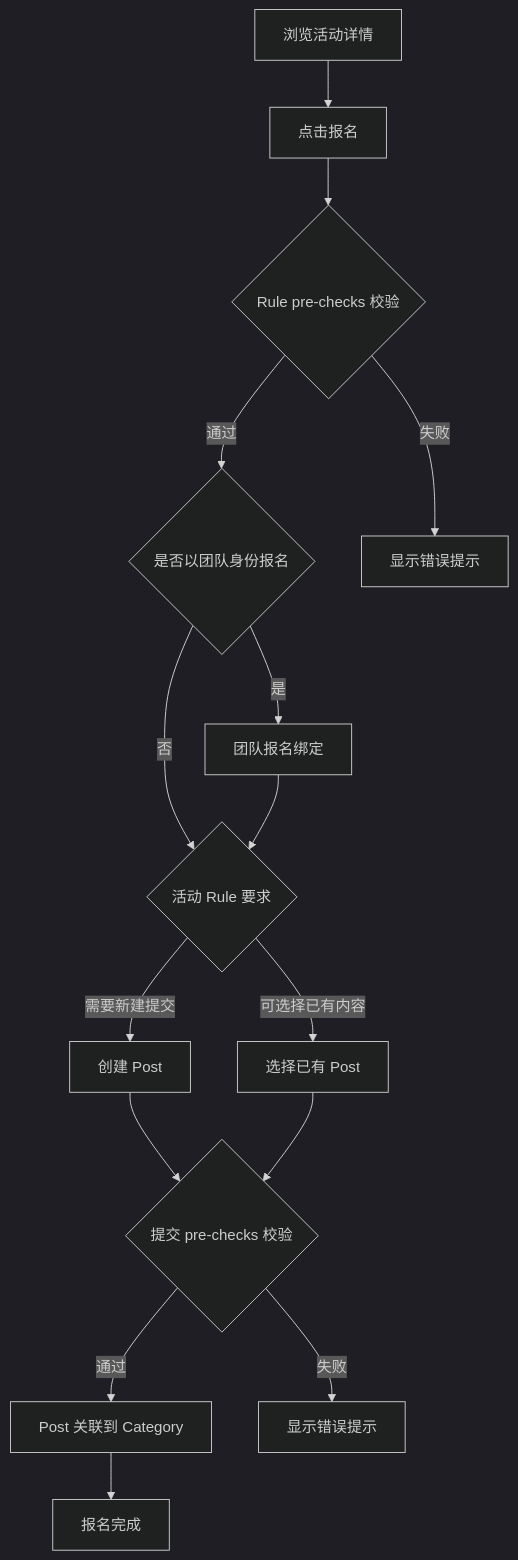
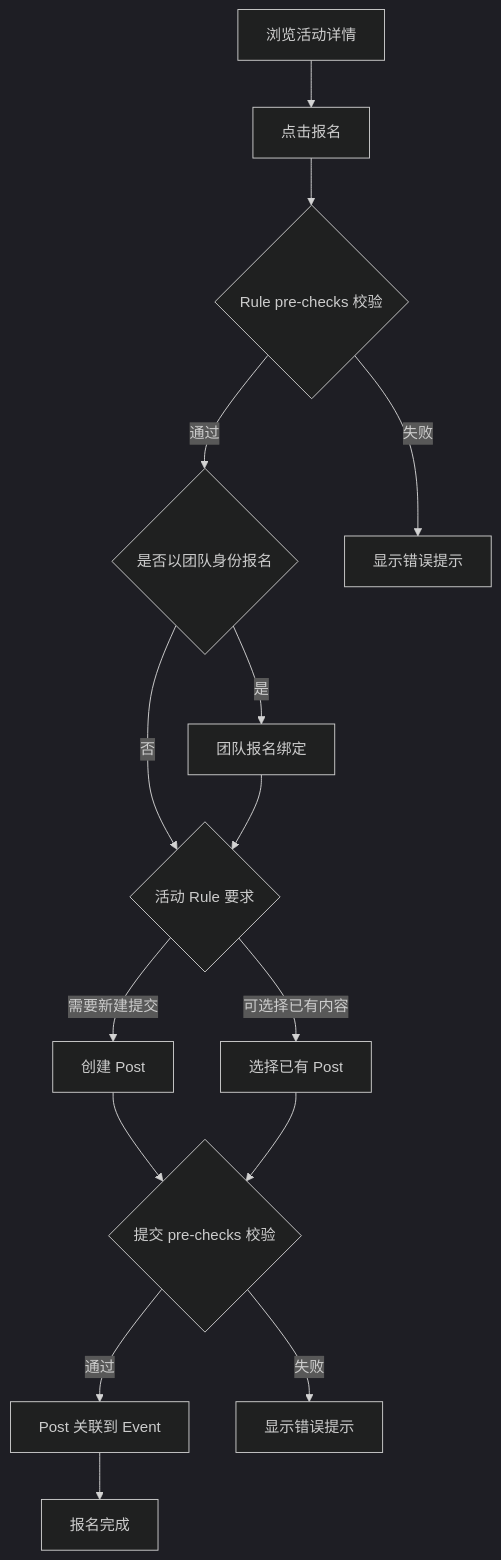
Before and after one commit to H2OSLabs/SynnovatorZero: the diagram in docs/user-journeys/04-activity-participation.md, drawn with Mermaid (dark theme). The commit also changed other lines of this file and 210 other files, not shown here.

First line of the commit message:
refactor: rename 'category' to 'event' throughout codebase

````diff
--- a/docs/user-journeys/04-activity-participation.md
+++ b/docs/user-journeys/04-activity-participation.md
@@ -6,17 +6,17 @@
 ```mermaid
 flowchart TD
     A[浏览活动详情] --> B[点击报名]
     B --> B0{Rule pre-checks 校验}
     B0 -->|通过| B1{是否以团队身份报名}
     B0 -->|失败| B00[显示错误提示]
     B1 -->|是| B2[团队报名绑定]
     B1 -->|否| C
     B2 --> C{活动 Rule 要求}
     C -->|需要新建提交| D[创建 Post]
     C -->|可选择已有内容| E[选择已有 Post]
     D --> F{提交 pre-checks 校验}
     E --> F
-    F -->|通过| G[Post 关联到 Category]
+    F -->|通过| G[Post 关联到 Event]
     F -->|失败| F0[显示错误提示]
     G --> H[报名完成]
 ```
````
